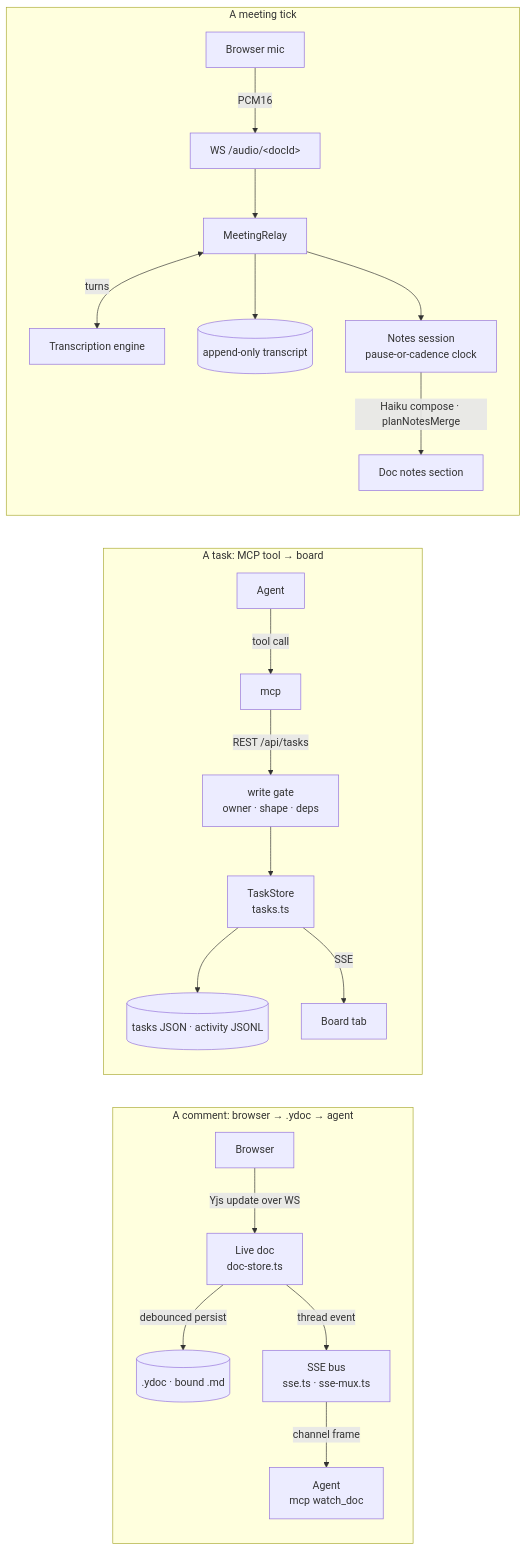
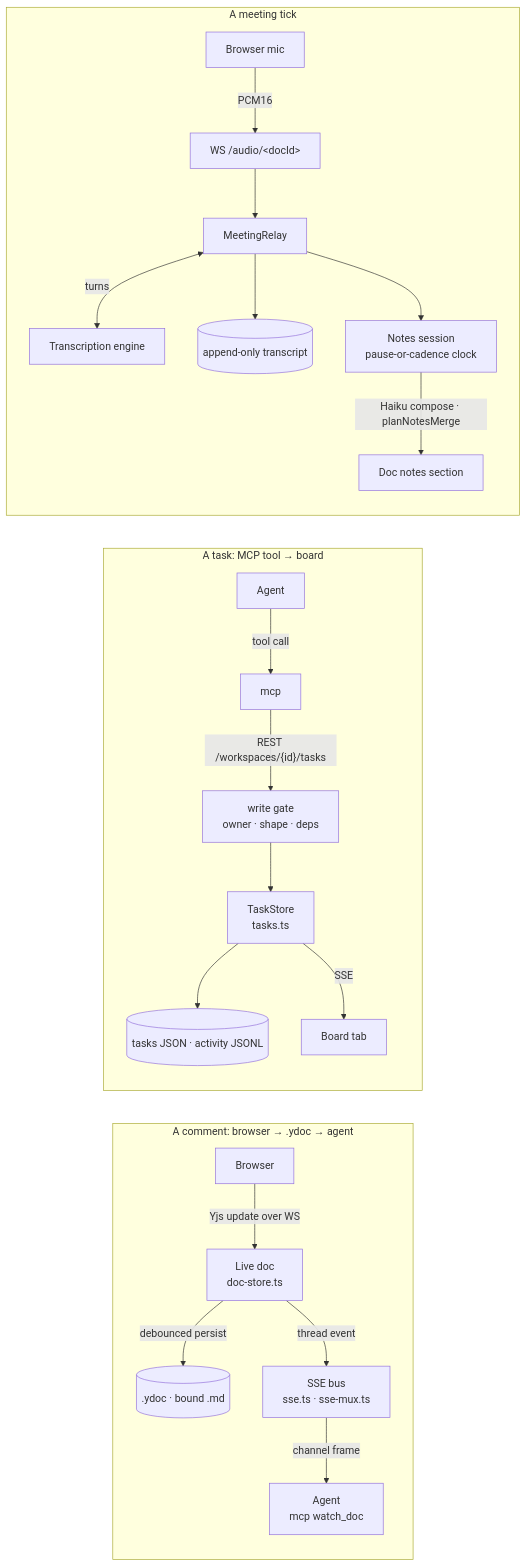
The second of 2 diagrams in docs/architecture/overview.md (fryanpan/claude-live-feedback-plugin), drawn with Mermaid before and after one commit. The commit also changed 345 other files, not shown here.

````diff
--- a/docs/architecture/overview.md
+++ b/docs/architecture/overview.md
@@ -215,21 +215,21 @@
 ```mermaid
 flowchart LR
   subgraph f1["A comment: browser → .ydoc → agent"]
     B1[Browser] -->|Yjs update over WS| R1["Live doc<br/>doc-store.ts"]
     R1 -->|debounced persist| Y1[(".ydoc · bound .md")]
     R1 -->|thread event| S1["SSE bus<br/>sse.ts · sse-mux.ts"]
     S1 -->|channel frame| A1["Agent<br/>mcp watch_doc"]
   end
   subgraph f2["A task: MCP tool → board"]
-    A2[Agent] -->|tool call| M2[mcp] -->|"REST /api/tasks"| G2["write gate<br/>owner · shape · deps"]
+    A2[Agent] -->|tool call| M2[mcp] -->|"REST /workspaces/{id}/tasks"| G2["write gate<br/>owner · shape · deps"]
     G2 --> T2["TaskStore<br/>tasks.ts"] --> J2[("tasks JSON · activity JSONL")]
     T2 -->|SSE| H2[Board tab]
   end
   subgraph f3["A meeting tick"]
     Mic[Browser mic] -->|PCM16| W3["WS /audio/&lt;docId&gt;"] --> Rl[MeetingRelay]
     Rl <-->|turns| En[Transcription engine]
     Rl --> St[("append-only transcript")]
     Rl --> N3["Notes session<br/>pause-or-cadence clock"]
     N3 -->|"Haiku compose · planNotesMerge"| D3[Doc notes section]
   end
 ```
````
